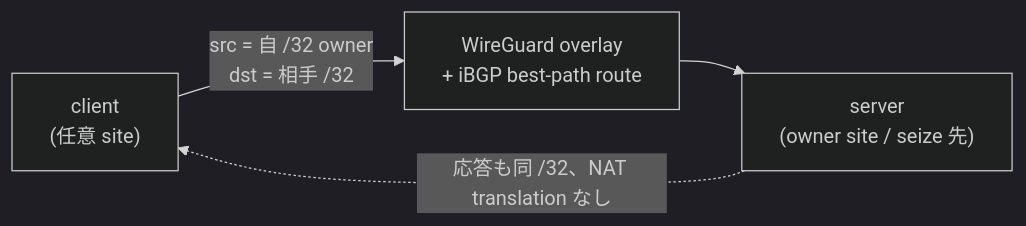
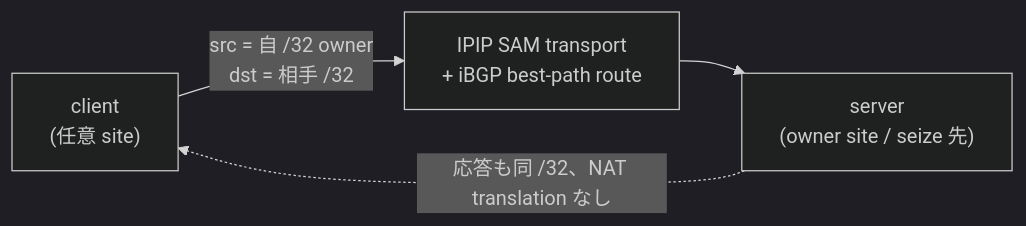
Before and after one commit to imksoo/routerd: the fourth of 5 diagrams in docs/explainer/cloudedge-sam-phase-g.md, drawn with Mermaid (dark theme). The commit also changed other lines of this file and 50 other files, not shown here.

````diff
--- a/docs/explainer/cloudedge-sam-phase-g.md
+++ b/docs/explainer/cloudedge-sam-phase-g.md
@@ -105,6 +106,6 @@
 ```mermaid
 flowchart LR
-  C["client<br/>(任意 site)"] -->|"src = 自 /32 owner<br/>dst = 相手 /32"| OVL["WireGuard overlay<br/>+ iBGP best-path route"]
+  C["client<br/>(任意 site)"] -->|"src = 自 /32 owner<br/>dst = 相手 /32"| OVL["IPIP SAM transport<br/>+ iBGP best-path route"]
   OVL --> SVR["server<br/>(owner site / seize 先)"]
   SVR -. "応答も同 /32、NAT translation なし" .-> C
 ```
````
